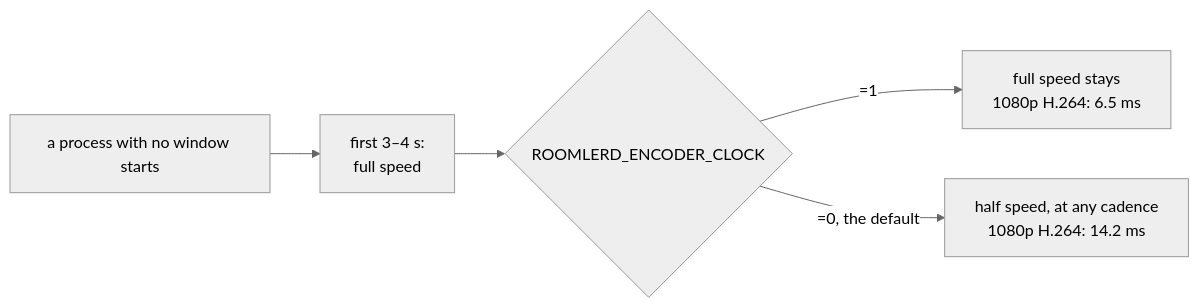
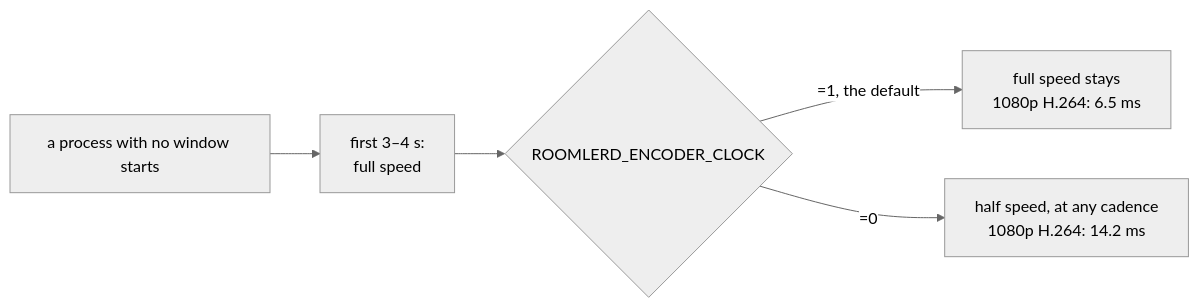
Diagram 17 of 17 in docs/encoders.md (gjovanov/roomler-ai), drawn with Mermaid (neutral theme) before and after one commit. The commit also changed other lines of this file and 5 other files, not shown here.

````diff
--- a/docs/encoders.md
+++ b/docs/encoders.md
@@ -1617,7 +1617,7 @@
 ```mermaid
 flowchart LR
     S["a process with no window starts"] --> F["first 3–4 s:<br/>full speed"]
     F --> R{"ROOMLERD_ENCODER_CLOCK"}
-    R -->|"=1"| H["full speed stays<br/>1080p H.264: 6.5 ms"]
-    R -->|"=0, the default"| L["half speed, at any cadence<br/>1080p H.264: 14.2 ms"]
+    R -->|"=1, the default"| H["full speed stays<br/>1080p H.264: 6.5 ms"]
+    R -->|"=0"| L["half speed, at any cadence<br/>1080p H.264: 14.2 ms"]
 ```
````
